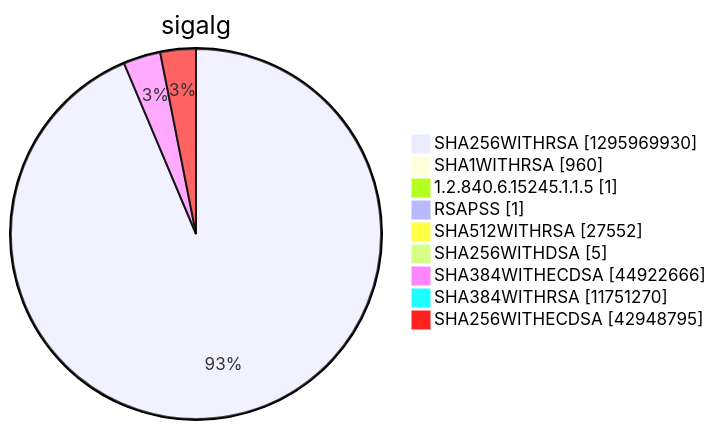
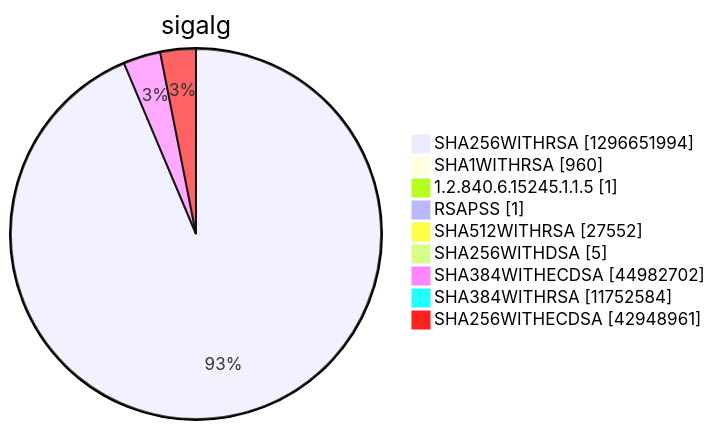
One commit to christiankrug/ctmonitor_visualization changed diagram 15 of 15 in argon2022/README.md. Above: the diagram before and after it, drawn with Mermaid. The commit also changed other lines of this file, not shown here.

````diff
--- a/argon2022/README.md
+++ b/argon2022/README.md
@@ -5523,13 +5523,13 @@
 ```mermaid
 pie showData
 title sigalg
-"SHA256WITHRSA" :1295969930
+"SHA256WITHRSA" :1296651994
 "SHA1WITHRSA" :960
 "1.2.840.6.15245.1.1.5" :1
 "RSAPSS" :1
 "SHA512WITHRSA" :27552
 "SHA256WITHDSA" :5
-"SHA384WITHECDSA" :44922666
-"SHA384WITHRSA" :11751270
-"SHA256WITHECDSA" :42948795
+"SHA384WITHECDSA" :44982702
+"SHA384WITHRSA" :11752584
+"SHA256WITHECDSA" :42948961
 ```
````
